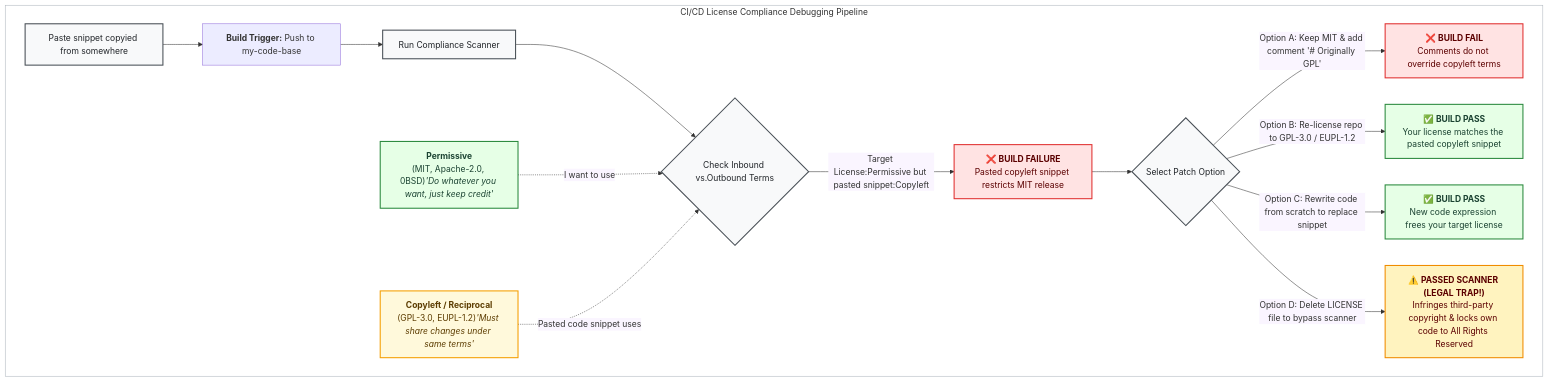
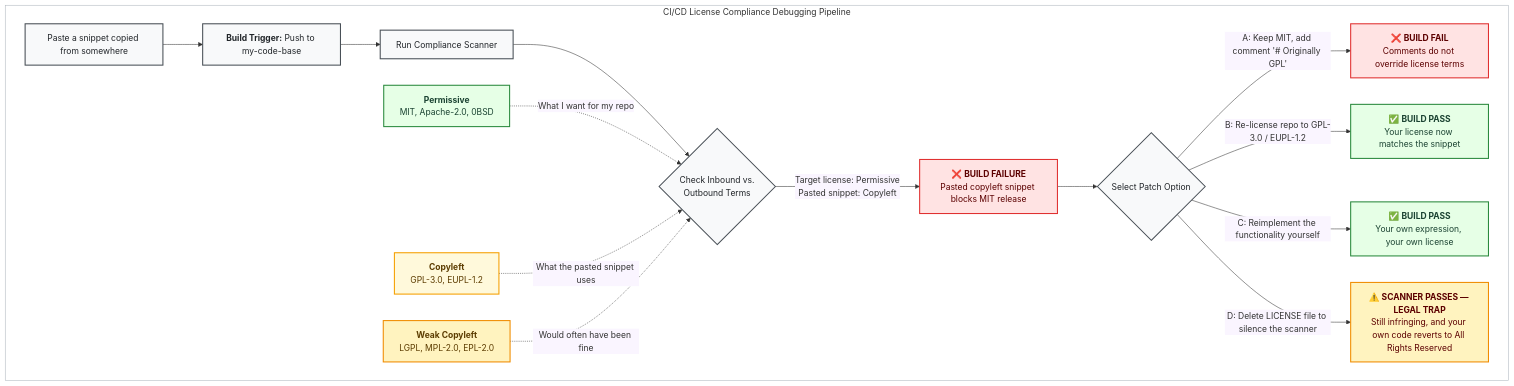
Before and after one commit to coderefinery/social-coding: the second of 3 diagrams in content/software-licensing.md, drawn with Mermaid. The commit also changed other lines of this file, not shown here.

````diff
--- a/content/software-licensing.md
+++ b/content/software-licensing.md
@@ -135,39 +132,43 @@
 ```{mermaid}
 %%{init: {'themeVariables': { 'edgeLabelBackground': '#faf5ff' }}}%%
 flowchart TB
 
     subgraph box["CI/CD License Compliance Debugging Pipeline"]
-        A[Paste snippet copyied from somewhere ] --> A2["<b>Build Trigger:</b>Push to my-code-base"]
-        A2["<b>Build Trigger:</b> Push to my-code-base"] --> B["Run Compliance Scanner"]
-        B --> C{"Check Inbound vs.</>Outbound Terms"}
-        
-        C -->|"Target License:Permissive</> but pasted snippet:Copyleft"| D["❌ <b>BUILD FAILURE</b><br/>Pasted copyleft snippet restricts MIT release"]
-        
+        A["Paste a snippet copied from somewhere"] --> A2["<b>Build Trigger:</b> Push to my-code-base"]
+        A2 --> B["Run Compliance Scanner"]
+        B --> C{"Check Inbound vs.<br/>Outbound Terms"}
+
+        C -->|"Target license: Permissive<br/>Pasted snippet: Copyleft"| D["❌ <b>BUILD FAILURE</b><br/>Pasted copyleft snippet blocks MIT release"]
+
         D --> E{"Select Patch Option"}
-        
-        E -->|"Option A: Keep MIT & add comment '# Originally GPL'"| F["❌ <b>BUILD FAIL</b><br/>Comments do not override copyleft terms"]
-        E -->|"Option B: Re-license repo to GPL-3.0 / EUPL-1.2"| G["✅ <b>BUILD PASS</b><br/>Your license matches the pasted copyleft snippet"]
-        E -->|"Option C: Rewrite code from scratch to replace snippet"| H["✅ <b>BUILD PASS</b><br/>New code expression frees your target license"]
-        E -->|"Option D: Delete LICENSE file to bypass scanner"| I["⚠️ <b>PASSED SCANNER (LEGAL TRAP!)</b><br/>Infringes third-party copyright & locks own code to All Rights Reserved"]
 
-        P["<b>Permissive</b><br/>(MIT, Apache-2.0, 0BSD)</><i>'Do whatever you want, just keep credit'</i>"]
-        CL["<b>Copyleft / Reciprocal</b><br/>(GPL-3.0, EUPL-1.2)</><i>'Must share changes under same terms'</i>"]
+        E -->|"A: Keep MIT, add comment '# Originally GPL'"| F["❌ <b>BUILD FAIL</b><br/>Comments do not override license terms"]
+        E -->|"B: Re-license repo to GPL-3.0 / EUPL-1.2"| G["✅ <b>BUILD PASS</b><br/>Your license now matches the snippet"]
+        E -->|"C: Reimplement the functionality yourself"| H["✅ <b>BUILD PASS</b><br/>Your own expression, your own license"]
+        E -->|"D: Delete LICENSE file to silence the scanner"| I["⚠️ <b>SCANNER PASSES — LEGAL TRAP</b><br/>Still infringing, and your own code reverts to All Rights Reserved"]
+
+        P["<b>Permissive</b><br/>MIT, Apache-2.0, 0BSD"]
+        WC["<b>Weak Copyleft</b><br/>LGPL, MPL-2.0, EPL-2.0"]
+        CL["<b>Copyleft</b><br/>GPL-3.0, EUPL-1.2"]
     end
 
-    P -.->|"I want to use"| C
-    CL -.->|"Pasted code snippet uses"| C
+    P -.->|"What I want for my repo"| C
+    CL -.->|"What the pasted snippet uses"| C
+    WC -.->|"Would often have been fine"| C
 
     classDef pass fill:#e6ffe6,stroke:#2b8a3e,stroke-width:2px,color:#1b4332;
     classDef copyleft fill:#fff9db,stroke:#f59f00,stroke-width:2px,color:#5c3c00;
+    classDef amber fill:#fff3bf,stroke:#f08c00,stroke-width:2px,color:#5c3c00;
     classDef fail fill:#ffe3e3,stroke:#e03131,stroke-width:2px,color:#5c0000;
     classDef warning fill:#fff3bf,stroke:#f08c00,stroke-width:2px,color:#5c0000;
     classDef neutral fill:#f8f9fa,stroke:#495057,stroke-width:2px,color:#212529;
     classDef box_fill fill:#ffffff,stroke:#adb5bd,stroke-width:1px;
 
     class P,G,H pass;
     class CL copyleft;
+    class WC amber;
     class D,F fail;
     class I warning;
-    class A,B,C,E neutral;
+    class A,A2,B,C,E neutral;
     class box box_fill;
 ```
````
